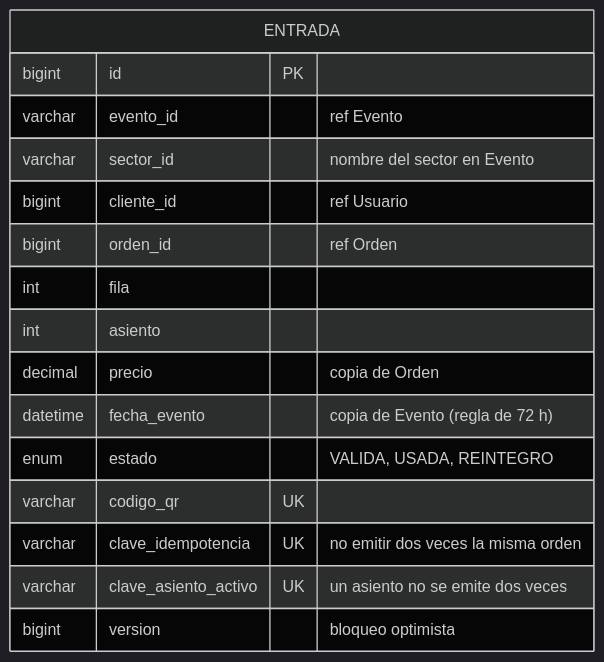
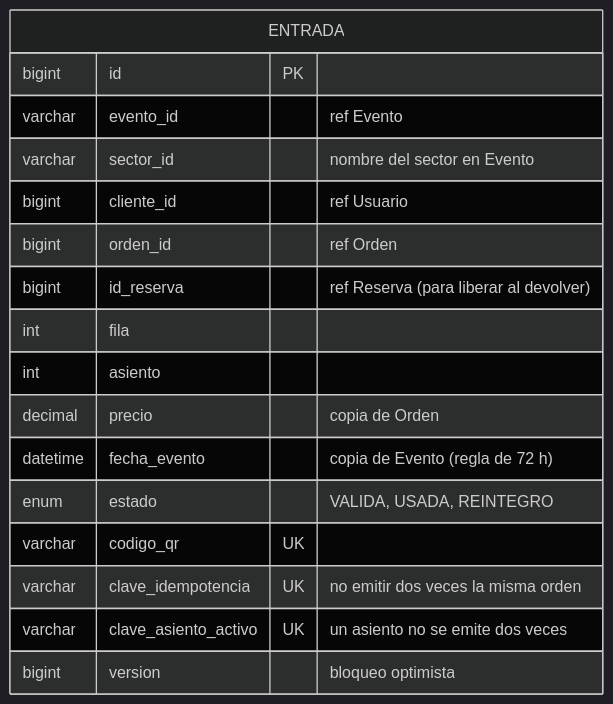
Before and after one commit to gonsalomon/TPs-Arquitecturas-Web: the seventh of 10 diagrams in SistemaTicketYa/docs/diagramas.md, drawn with Mermaid (dark theme). The commit also changed other lines of this file and 41 other files, not shown here.

````diff
--- a/SistemaTicketYa/docs/diagramas.md
+++ b/SistemaTicketYa/docs/diagramas.md
@@ -233,19 +277,20 @@
 ```mermaid
 erDiagram
     ENTRADA {
         bigint id PK
         varchar evento_id "ref Evento"
         varchar sector_id "nombre del sector en Evento"
         bigint cliente_id "ref Usuario"
         bigint orden_id "ref Orden"
+        bigint id_reserva "ref Reserva (para liberar al devolver)"
         int fila
         int asiento
         decimal precio "copia de Orden"
         datetime fecha_evento "copia de Evento (regla de 72 h)"
         enum estado "VALIDA, USADA, REINTEGRO"
         varchar codigo_qr UK
         varchar clave_idempotencia UK "no emitir dos veces la misma orden"
         varchar clave_asiento_activo UK "un asiento no se emite dos veces"
         bigint version "bloqueo optimista"
     }
 ```
````
